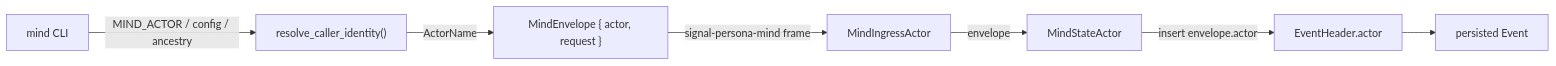
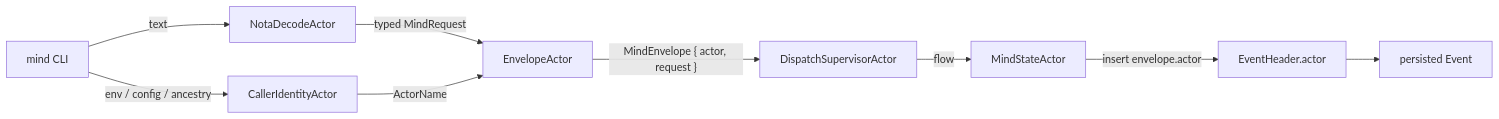
Before and after one commit to LiGoldragon/primary: the diagram in reports/designer/100-persona-mind-architecture-proposal.md, drawn with Mermaid. The commit also changed other lines of this file, not shown here.

````diff
--- a/reports/designer/100-persona-mind-architecture-proposal.md
+++ b/reports/designer/100-persona-mind-architecture-proposal.md
@@ -164,9 +194,11 @@
 ```mermaid
 flowchart LR
-    cli["mind CLI"] -->|"MIND_ACTOR / config / ancestry"| resolve["resolve_caller_identity()"]
-    resolve -->|"ActorName"| envelope["MindEnvelope { actor, request }"]
-    envelope -->|"signal-persona-mind frame"| ingress["MindIngressActor"]
-    ingress -->|"envelope"| state["MindStateActor"]
+    cli["mind CLI"] -->|"text"| decode["NotaDecodeActor"]
+    cli -->|"env / config / ancestry"| identity["CallerIdentityActor"]
+    decode -->|"typed MindRequest"| envelope_actor["EnvelopeActor"]
+    identity -->|"ActorName"| envelope_actor
+    envelope_actor -->|"MindEnvelope { actor, request }"| dispatch["DispatchSupervisorActor"]
+    dispatch -->|"flow"| state["MindStateActor"]
     state -->|"insert envelope.actor"| header["EventHeader.actor"]
     header --> event["persisted Event"]
 ```
````
